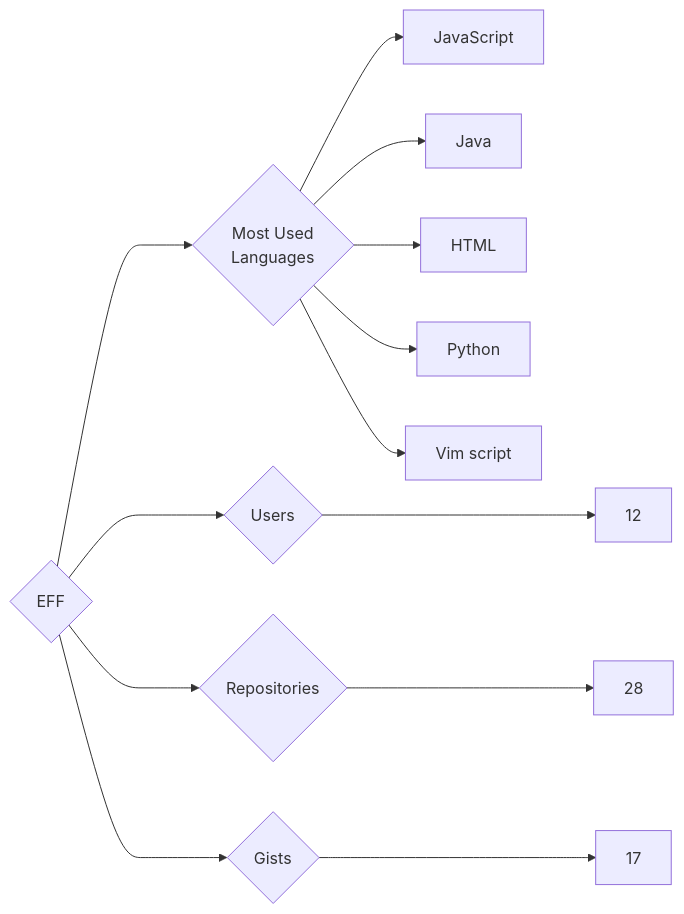
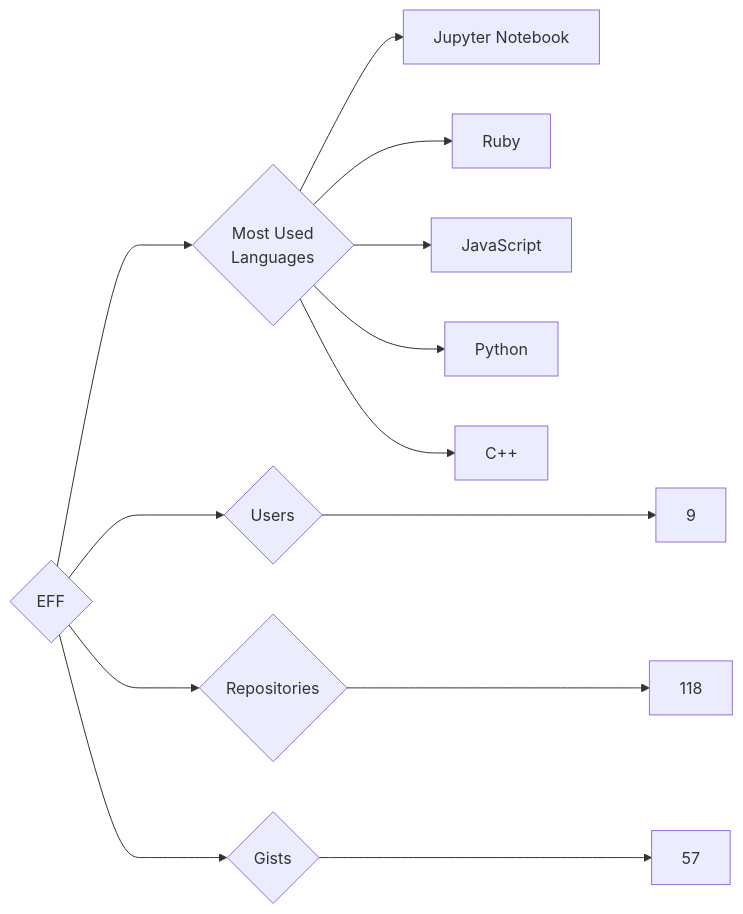
Before and after one commit to trickest/insiders: the diagram in targets/EFF/README.md, drawn with Mermaid. The commit also changed 935 other files, not shown here.

````diff
--- a/targets/EFF/README.md
+++ b/targets/EFF/README.md
@@ -3,13 +3,13 @@
 ```mermaid
 graph LR
 COMPANY_NAME{EFF}
-COMPANY_NAME ---> U{Users} ---> UN[12]
-COMPANY_NAME ---> R{Repositories} ---> RN[28]
-COMPANY_NAME ---> G{Gists} ---> GN[17]
+COMPANY_NAME ---> U{Users} ---> UN[9]
+COMPANY_NAME ---> R{Repositories} ---> RN[118]
+COMPANY_NAME ---> G{Gists} ---> GN[57]
 COMPANY_NAME ---> ML{Most Used<br>Languages}
+ML --> Jupyter_Notebook[Jupyter Notebook]
+ML --> Ruby[Ruby]
 ML --> JavaScript[JavaScript]
-ML --> Java[Java]
-ML --> HTML[HTML]
 ML --> Python[Python]
-ML --> Vim_script[Vim script]
+ML --> C++[C++]
 ```
````
